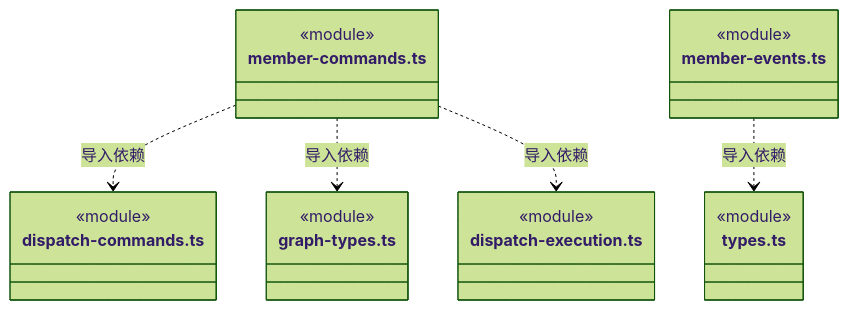
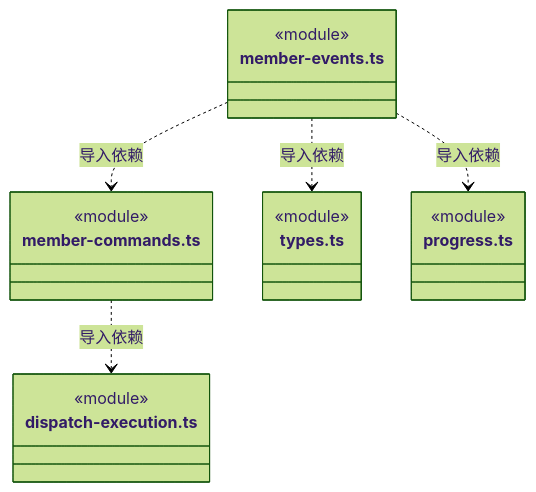
Diagram 54 of 60 in src/backend/core/tasks/ARCHITECTURE.md (nan023062/cbim), drawn with Mermaid (forest theme) before and after one commit. The commit also changed other lines of this file and 47 other files, not shown here.

````diff
--- a/src/backend/core/tasks/ARCHITECTURE.md
+++ b/src/backend/core/tasks/ARCHITECTURE.md
@@ -1255,25 +1346,22 @@
 ```mermaid
 classDiagram
 class N_src_backend_core_tasks_member_commands_ts["member-commands.ts"] {
-  <<module>>
-}
-class N_src_backend_core_tasks_dispatch_commands_ts["dispatch-commands.ts"] {
-  <<module>>
-}
-class N_src_backend_core_tasks_graph_types_ts["graph-types.ts"] {
   <<module>>
 }
 class N_src_backend_core_tasks_dispatch_execution_ts["dispatch-execution.ts"] {
   <<module>>
 }
 class N_src_backend_core_tasks_member_events_ts["member-events.ts"] {
   <<module>>
 }
 class N_src_backend_core_tasks_types_ts["types.ts"] {
   <<module>>
 }
-N_src_backend_core_tasks_member_commands_ts ..> N_src_backend_core_tasks_dispatch_commands_ts : 导入依赖
-N_src_backend_core_tasks_member_commands_ts ..> N_src_backend_core_tasks_graph_types_ts : 导入依赖
+class N_src_backend_core_tasks_progress_ts["progress.ts"] {
+  <<module>>
+}
 N_src_backend_core_tasks_member_commands_ts ..> N_src_backend_core_tasks_dispatch_execution_ts : 导入依赖
 N_src_backend_core_tasks_member_events_ts ..> N_src_backend_core_tasks_types_ts : 导入依赖
+N_src_backend_core_tasks_member_events_ts ..> N_src_backend_core_tasks_progress_ts : 导入依赖
+N_src_backend_core_tasks_member_events_ts ..> N_src_backend_core_tasks_member_commands_ts : 导入依赖
 ```
````
